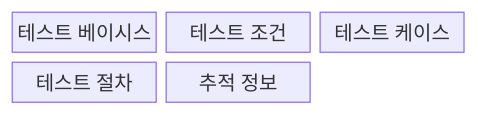
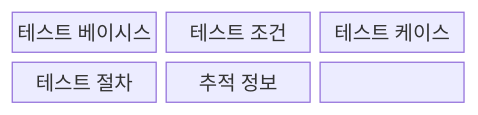
The first of 2 diagrams in src/content/docs/notes/03-software/079_iso_29119_test_design.md (agnusdei1207/knowledge-base), drawn with Mermaid before and after one commit. The commit also changed other lines of this file and 20 other files, not shown here.

````diff
--- a/src/content/docs/notes/03-software/079_iso_29119_test_design.md
+++ b/src/content/docs/notes/03-software/079_iso_29119_test_design.md
@@ -62,9 +65,10 @@
 ```mermaid
-block-beta
+block
   columns 3
   B["테스트 베이시스"]
   C["테스트 조건"]
   K["테스트 케이스"]
   P["테스트 절차"]
   T["추적 정보"]
+  B --> C --> K --> P --> T
 ```
````
